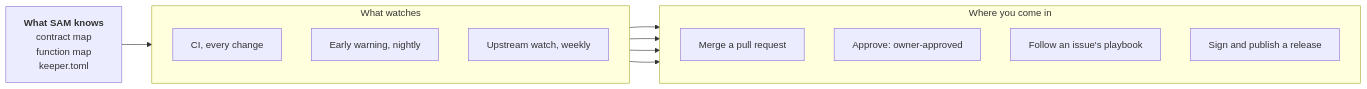
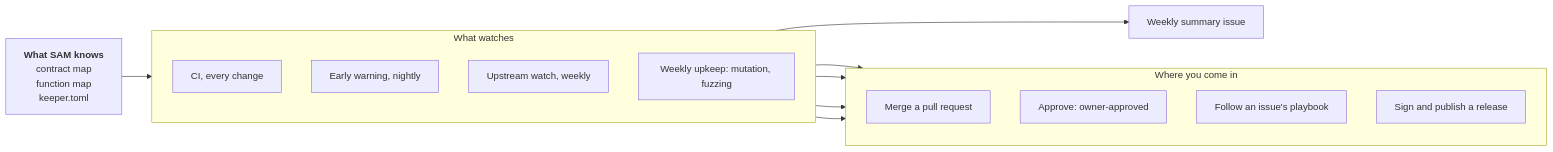
Before and after one commit to gitzekatze/SAM: the diagram in docs/handbook/looks-after-itself.md, drawn with Mermaid. The commit also changed other lines of this file and 6 other files, not shown here.

First line of the commit message:
One weekly summary instead of separate issues (plan section 8)

````diff
--- a/docs/handbook/looks-after-itself.md
+++ b/docs/handbook/looks-after-itself.md
@@ -11,22 +11,24 @@
 ```mermaid
 flowchart LR
   KN["<b>What SAM knows</b><br/>contract map<br/>function map<br/>keeper.toml"]
   subgraph watch["What watches"]
     direction TB
     CI["CI, every change"]
     EW["Early warning, nightly"]
     UW["Upstream watch, weekly"]
+    WU["Weekly upkeep: mutation, fuzzing"]
   end
   subgraph you["Where you come in"]
     direction TB
     PR["Merge a pull request"]
     AP["Approve: owner-approved"]
     IS["Follow an issue's playbook"]
     RL["Sign and publish a release"]
   end
   KN --> watch
   CI --> PR
   CI --> AP
   EW --> IS
   UW --> IS
+  WU --> WS["Weekly summary issue"]
 ```
````
